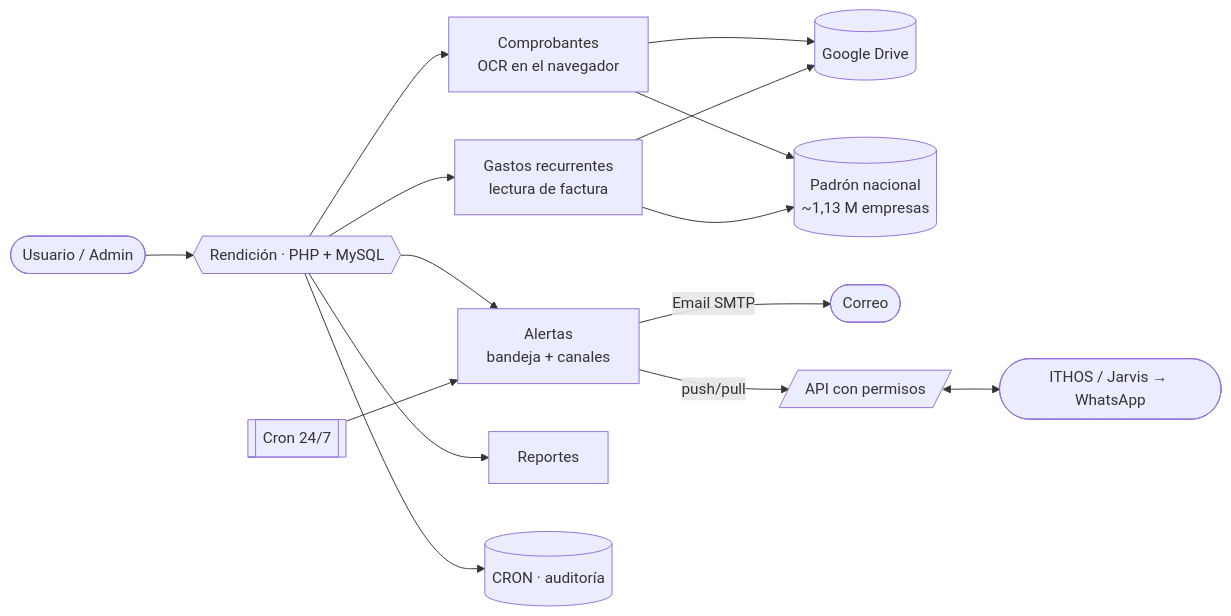
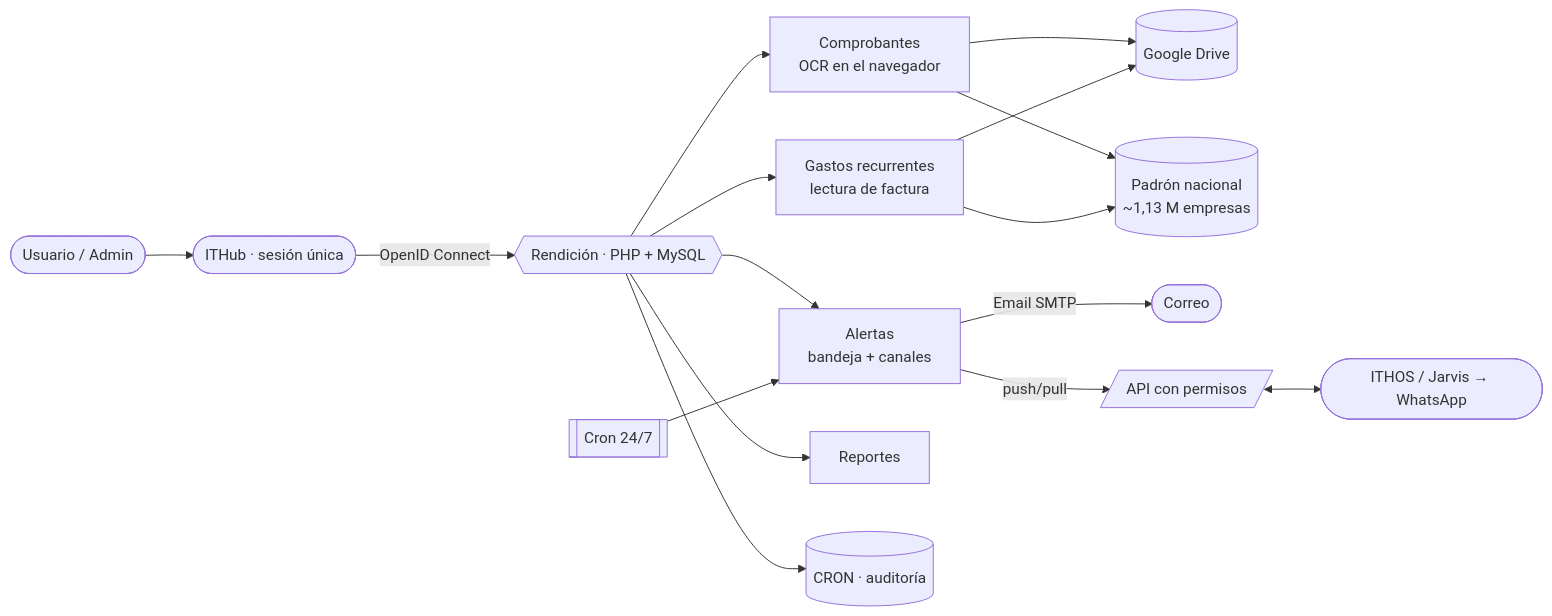
Before and after one commit to bsierra4262/rendicion-tickets: the first of 3 diagrams in README.md, drawn with Mermaid. The commit also changed other lines of this file and 26 other files, not shown here.

First line of the commit message:
feat(ithub): ingreso con la sesión única de Intellihelp

````diff
--- a/README.md
+++ b/README.md
@@ -174,17 +179,18 @@
 ```mermaid
 flowchart LR
-    U([Usuario / Admin]) --> APP{{Rendición · PHP + MySQL}}
+    U([Usuario / Admin]) --> IH([ITHub · sesión única])
+    IH -- OpenID Connect --> APP{{Rendición · PHP + MySQL}}
     APP --> C[Comprobantes<br/>OCR en el navegador]
     APP --> G[Gastos recurrentes<br/>lectura de factura]
     APP --> AL[Alertas<br/>bandeja + canales]
     APP --> RP[Reportes]
     C --> DR[(Google Drive)]
     G --> DR
     C --> PAD[(Padrón nacional<br/>~1,13 M empresas)]
     G --> PAD
     APP --> LOG[(CRON · auditoría)]
     AL -- Email SMTP --> MAIL([Correo])
     AL -- push/pull --> API[/API con permisos/]
     API <--> ITHOS([ITHOS / Jarvis → WhatsApp])
     CRON[[Cron 24/7]] --> AL
 ```
````
